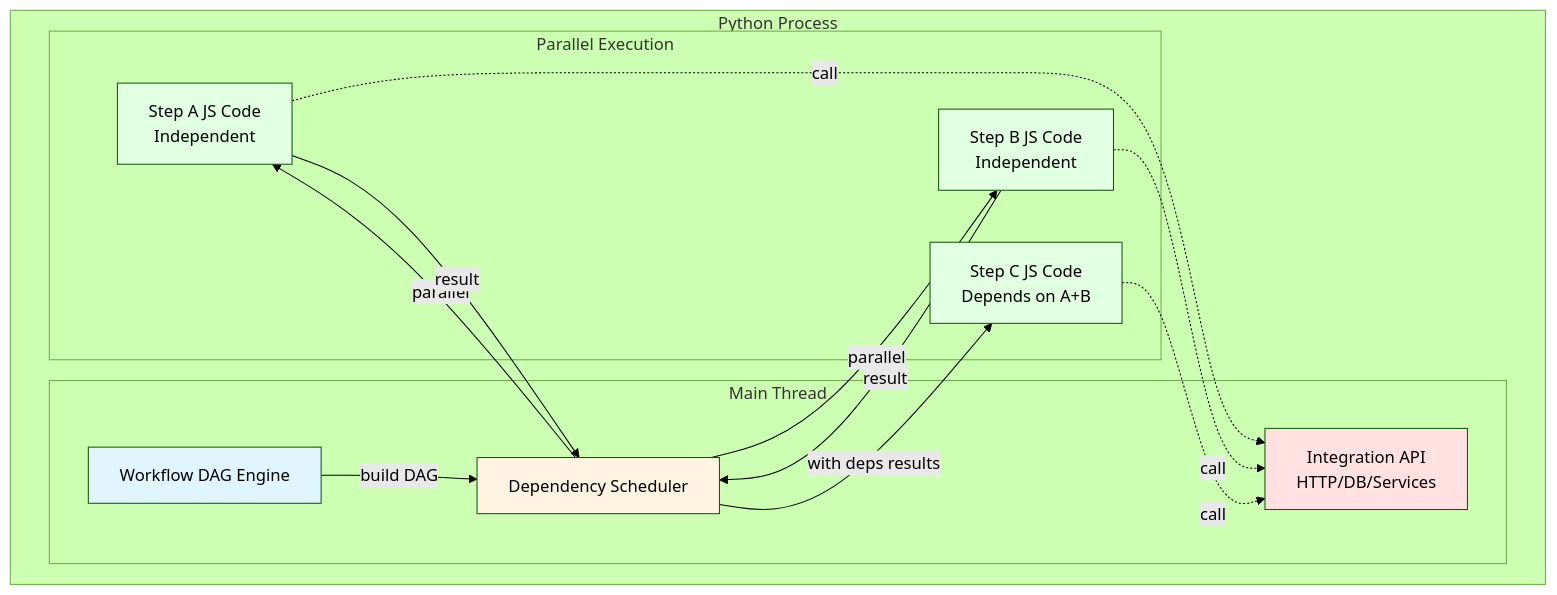
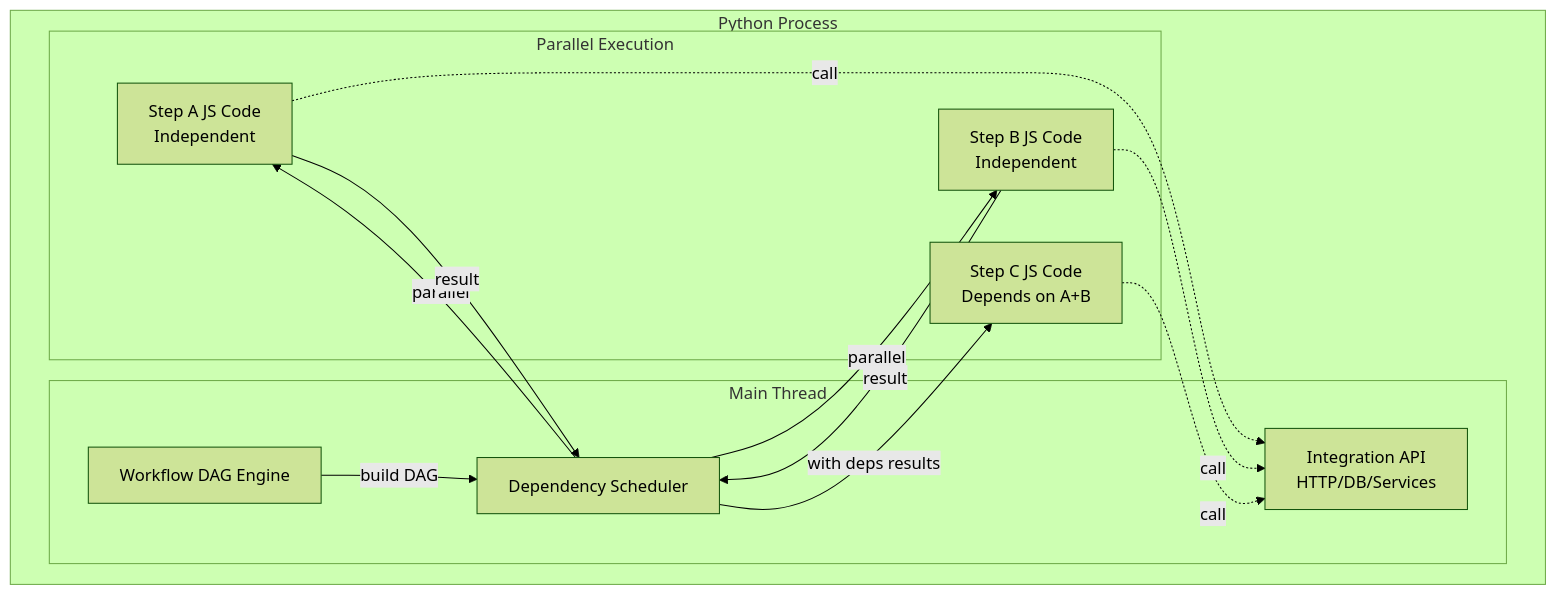
The diagram in docs/use-cases/workflow.md (mikz/jsrun), drawn with Mermaid (forest theme) before and after one commit. The commit also changed 11 other files, not shown here.

````diff
--- a/docs/use-cases/workflow.md
+++ b/docs/use-cases/workflow.md
@@ -18,33 +18,26 @@
 ```mermaid
 graph TB
     subgraph "Python Process"
         subgraph "Main Thread"
             ENGINE[Workflow DAG Engine]
             SCHEDULER[Dependency Scheduler]
             API[Integration API<br/>HTTP/DB/Services]
         end
 
         subgraph "Parallel Execution"
             STEP1[Step A JS Code<br/>Independent]
             STEP2[Step B JS Code<br/>Independent]
             STEP3[Step C JS Code<br/>Depends on A+B]
         end
 
         ENGINE -->|build DAG| SCHEDULER
         SCHEDULER -->|parallel| STEP1
         SCHEDULER -->|parallel| STEP2
         STEP1 -->|result| SCHEDULER
         STEP2 -->|result| SCHEDULER
         SCHEDULER -->|with deps results| STEP3
         STEP1 -.->|call| API
         STEP2 -.->|call| API
         STEP3 -.->|call| API
     end
-
-    style ENGINE fill:#e1f5ff
-    style SCHEDULER fill:#fff4e1
-    style API fill:#ffe1e1
-    style STEP1 fill:#e1ffe1
-    style STEP2 fill:#e1ffe1
-    style STEP3 fill:#e1ffe1
 ```
````
